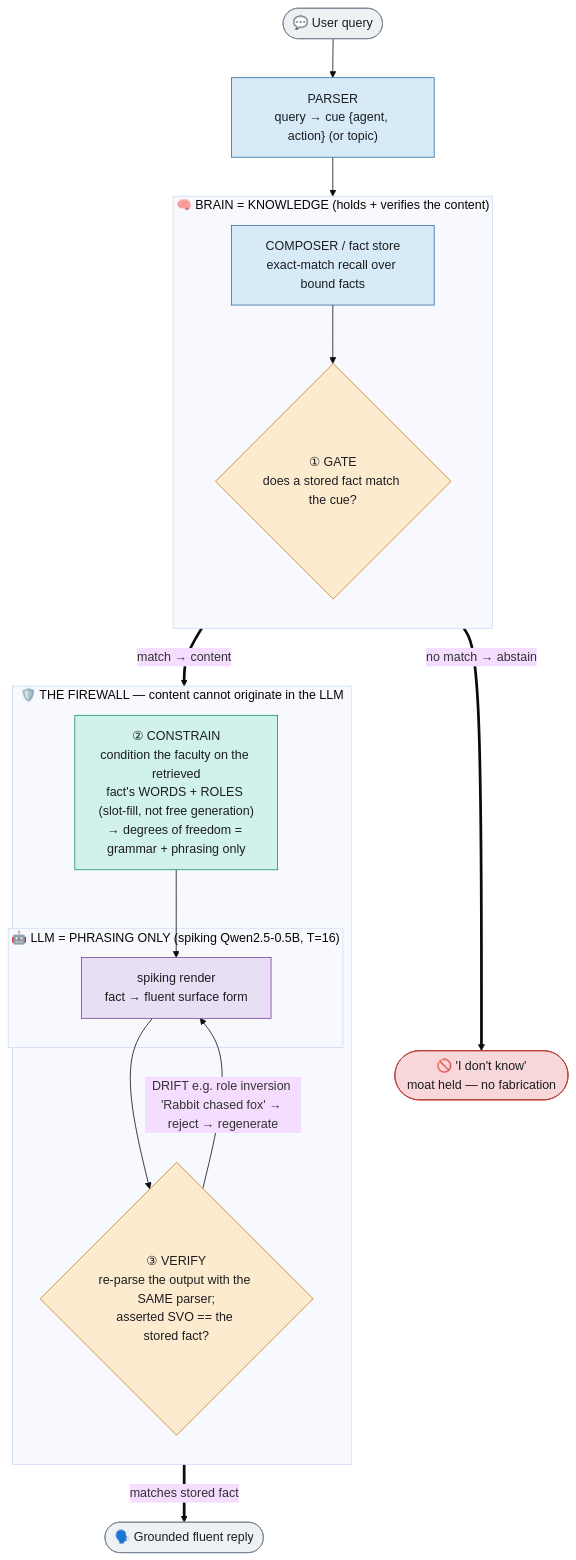
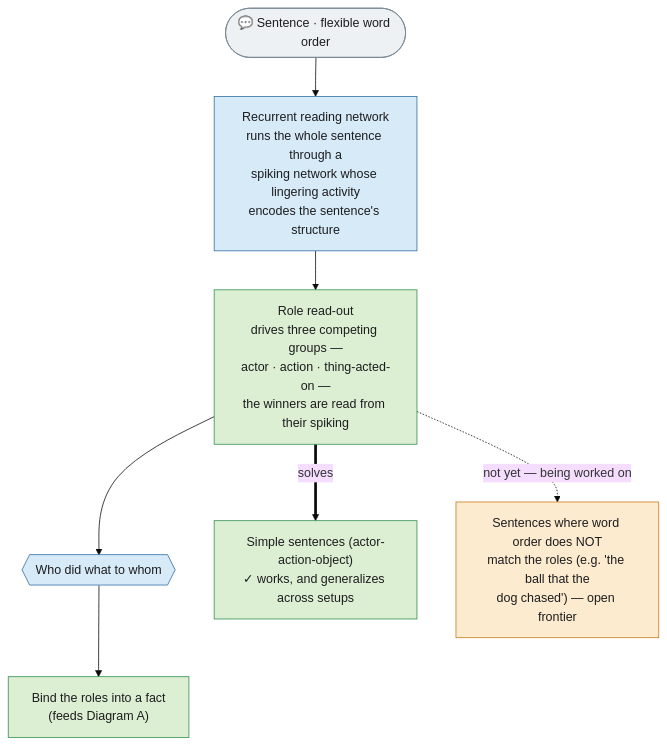
One commit to danthi123/neural-simulator changed the third of 4 diagrams in docs/diagrams/brain_architecture_current.md. Above: the diagram before and after it, drawn with Mermaid (base theme). The commit also changed other lines of this file and 3 other files, not shown here.

First line of the commit message:
docs: refresh README + USER_GUIDE + architecture flowcharts to current state, plain language, no internal jargon

````diff
--- a/docs/diagrams/brain_architecture_current.md
+++ b/docs/diagrams/brain_architecture_current.md
@@ -235,39 +193,22 @@
 ```mermaid
 flowchart TB
-    Q([💬 User query]):::io
-    P["PARSER<br/>query → cue {agent, action} (or topic)"]:::conv
+    S([💬 Sentence · flexible word order]):::io
+    RES["Recurrent reading network<br/>runs the whole sentence through a<br/>spiking network whose lingering activity<br/>encodes the sentence's structure"]:::conv
+    READ["Role read-out<br/>drives three competing groups —<br/>actor · action · thing-acted-on —<br/>the winners are read from their spiking"]:::learn
+    ROLES{{"Who did what to whom"}}:::conv
+    COMP["Bind the roles into a fact<br/>(feeds Diagram A)"]:::mem
 
-    subgraph BRAINSIDE["🧠 BRAIN = KNOWLEDGE (holds + verifies the content)"]
-      direction TB
-      STORE["COMPOSER / fact store<br/>exact-match recall over bound facts"]:::conv
-      G{"① GATE<br/>does a stored fact match the cue?"}:::gate
-      STORE --> G
-    end
+    S --> RES --> READ --> ROLES --> COMP
 
-    ABSTAIN([🚫 'I don't know'<br/>moat held — no fabrication]):::abstain
-
-    subgraph FIREWALL["🛡️ THE FIREWALL — content cannot originate in the LLM"]
-      direction TB
-      C["② CONSTRAIN<br/>condition the faculty on the retrieved<br/>fact's WORDS + ROLES (slot-fill, not free generation)<br/>→ degrees of freedom = grammar + phrasing only"]:::fac
-      subgraph LLMSIDE["🤖 LLM = PHRASING ONLY (spiking Qwen2.5-0.5B, T=16)"]
-        R["spiking render<br/>fact → fluent surface form"]:::llm
-      end
-      V{"③ VERIFY<br/>re-parse the output with the SAME parser;<br/>asserted SVO == the stored fact?"}:::gate
-      C --> R --> V
-    end
-
-    OUT([🗣️ Grounded fluent reply]):::io
-
-    Q --> P --> STORE
-    G ==>|match → content| C
-    G ==>|no match → abstain| ABSTAIN
-    V ==>|matches stored fact| OUT
-    V -->|DRIFT e.g. role inversion 'Rabbit chased fox' → reject → regenerate| R
+    OKC["Simple sentences (actor-action-object)<br/>✓ works, and generalizes across setups"]:::ok
+    FRONT["Sentences where word order does NOT<br/>match the roles (e.g. 'the ball that the<br/>dog chased') — open frontier"]:::frontier
+    READ ==>|solves| OKC
+    READ -.->|not yet — being worked on| FRONT
 
     classDef io fill:#eef1f4,stroke:#7a8794,color:#1d1d1f;
     classDef conv fill:#d6eaf8,stroke:#2e6da4,color:#1d1d1f;
-    classDef gate fill:#fdebd0,stroke:#c8791a,color:#1d1d1f;
-    classDef fac fill:#d1f2eb,stroke:#138d75,color:#1d1d1f;
-    classDef llm fill:#e8dff5,stroke:#7d3c98,color:#1d1d1f;
-    classDef abstain fill:#f8d7da,stroke:#b03a2e,color:#1d1d1f;
+    classDef learn fill:#dcefd3,stroke:#2f8f4e,color:#1d1d1f;
+    classDef mem fill:#dcefd3,stroke:#2f8f4e,color:#1d1d1f;
+    classDef ok fill:#dcefd3,stroke:#2f8f4e,color:#1d1d1f;
+    classDef frontier fill:#fdebd0,stroke:#c8791a,color:#1d1d1f;
 ```
````
